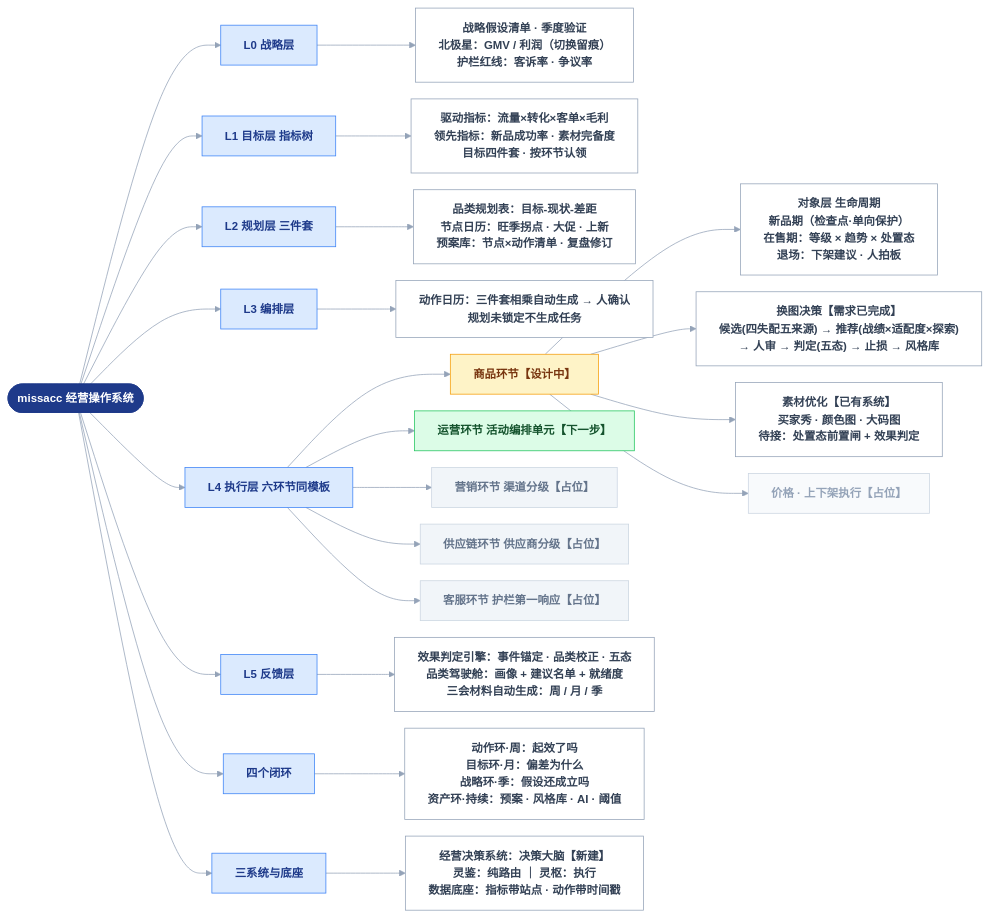
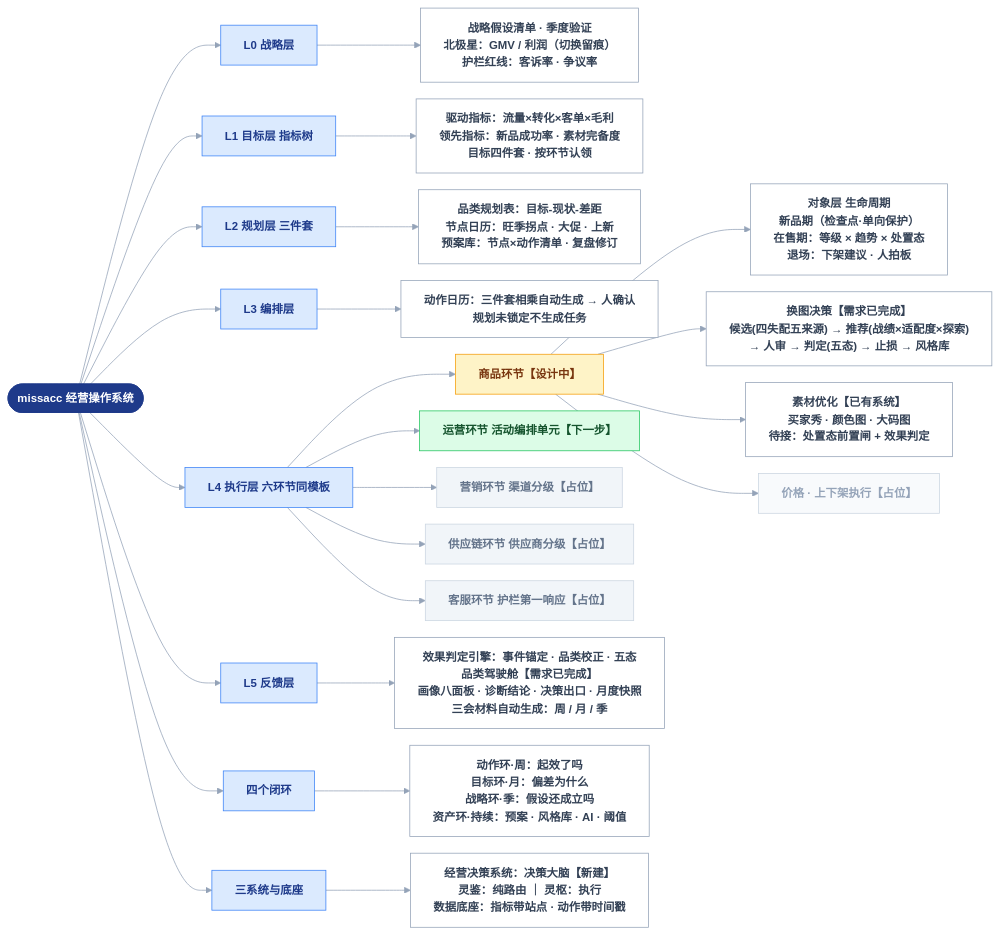
Before and after one commit to devlee/ma: the diagram in docs/系统结构总览.md, drawn with Mermaid. The commit also changed other lines of this file and 1 other file, not shown here.

Commit message:
docs: 品类驾驶舱需求——画像八面板、诊断结论、决策区出口、月度快照

````diff
--- a/docs/系统结构总览.md
+++ b/docs/系统结构总览.md
@@ -10,68 +10,69 @@
 ```mermaid
 %%{init: {"theme": "base", "themeVariables": {"fontSize": "15px", "primaryColor": "#f5f7fa", "primaryBorderColor": "#94a3b8", "primaryTextColor": "#1e293b", "lineColor": "#94a3b8"}, "flowchart": {"wrappingWidth": 480, "nodeSpacing": 22, "rankSpacing": 55, "curve": "basis"}}}%%
 flowchart LR
   ROOT(["missacc 经营操作系统"]):::root
 
   ROOT --> L0["L0 战略层"]:::layer
   ROOT --> L1["L1 目标层 指标树"]:::layer
   ROOT --> L2["L2 规划层 三件套"]:::layer
   ROOT --> L3["L3 编排层"]:::layer
   ROOT --> L4["L4 执行层 六环节同模板"]:::layer
   ROOT --> L5["L5 反馈层"]:::layer
   ROOT --> LOOP["四个闭环"]:::layer
   ROOT --> SYS["三系统与底座"]:::layer
 
   L0 --> L0C["战略假设清单 · 季度验证
 北极星：GMV / 利润（切换留痕）
 护栏红线：客诉率 · 争议率"]:::leaf
 
   L1 --> L1C["驱动指标：流量×转化×客单×毛利
 领先指标：新品成功率 · 素材完备度
 目标四件套 · 按环节认领"]:::leaf
 
   L2 --> L2C["品类规划表：目标-现状-差距
 节点日历：旺季拐点 · 大促 · 上新
 预案库：节点×动作清单 · 复盘修订"]:::leaf
 
   L3 --> L3C["动作日历：三件套相乘自动生成 → 人确认
 规划未锁定不生成任务"]:::leaf
 
   L4 --> GOODS["商品环节【设计中】"]:::hl
   L4 --> OPS["运营环节 活动编排单元【下一步】"]:::env
   L4 --> MKT["营销环节 渠道分级【占位】"]:::dim
   L4 --> SCM["供应链环节 供应商分级【占位】"]:::dim
   L4 --> CS["客服环节 护栏第一响应【占位】"]:::dim
 
   GOODS --> OBJ["对象层 生命周期
 新品期（检查点·单向保护）
 在售期：等级 × 趋势 × 处置态
 退场：下架建议 · 人拍板"]:::leaf
   GOODS --> SWAP["换图决策【需求已完成】
 候选(四失配五来源) → 推荐(战绩×适配度×探索)
 → 人审 → 判定(五态) → 止损 → 风格库"]:::leaf
   GOODS --> MAT["素材优化【已有系统】
 买家秀 · 颜色图 · 大码图
 待接：处置态前置闸 + 效果判定"]:::leaf
   GOODS --> MORE["价格 · 上下架执行【占位】"]:::dimleaf
 
   L5 --> L5C["效果判定引擎：事件锚定 · 品类校正 · 五态
-品类驾驶舱：画像 + 建议名单 + 就绪度
+品类驾驶舱【需求已完成】
+画像八面板 · 诊断结论 · 决策出口 · 月度快照
 三会材料自动生成：周 / 月 / 季"]:::leaf
 
   LOOP --> LOOPC["动作环·周：起效了吗
 目标环·月：偏差为什么
 战略环·季：假设还成立吗
 资产环·持续：预案 · 风格库 · AI · 阈值"]:::leaf
 
   SYS --> SYSC["经营决策系统：决策大脑【新建】
 灵鉴：纯路由 ｜ 灵枢：执行
 数据底座：指标带站点 · 动作带时间戳"]:::leaf
 
   classDef root fill:#1e3a8a,stroke:#1e3a8a,color:#ffffff,font-weight:bold
   classDef layer fill:#dbeafe,stroke:#3b82f6,color:#1e3a8a,font-weight:bold
   classDef env fill:#dcfce7,stroke:#22c55e,color:#14532d
   classDef hl fill:#fef3c7,stroke:#f59e0b,color:#78350f,font-weight:bold
   classDef dim fill:#f1f5f9,stroke:#cbd5e1,color:#64748b
   classDef leaf fill:#ffffff,stroke:#94a3b8,color:#334155
   classDef dimleaf fill:#f8fafc,stroke:#cbd5e1,color:#94a3b8
 ```
````
